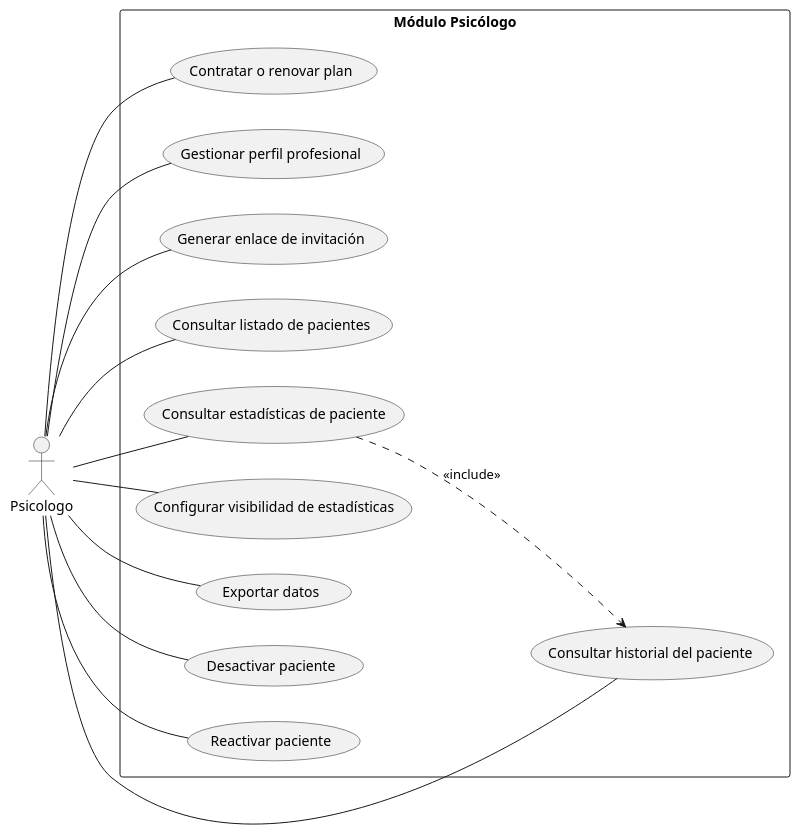
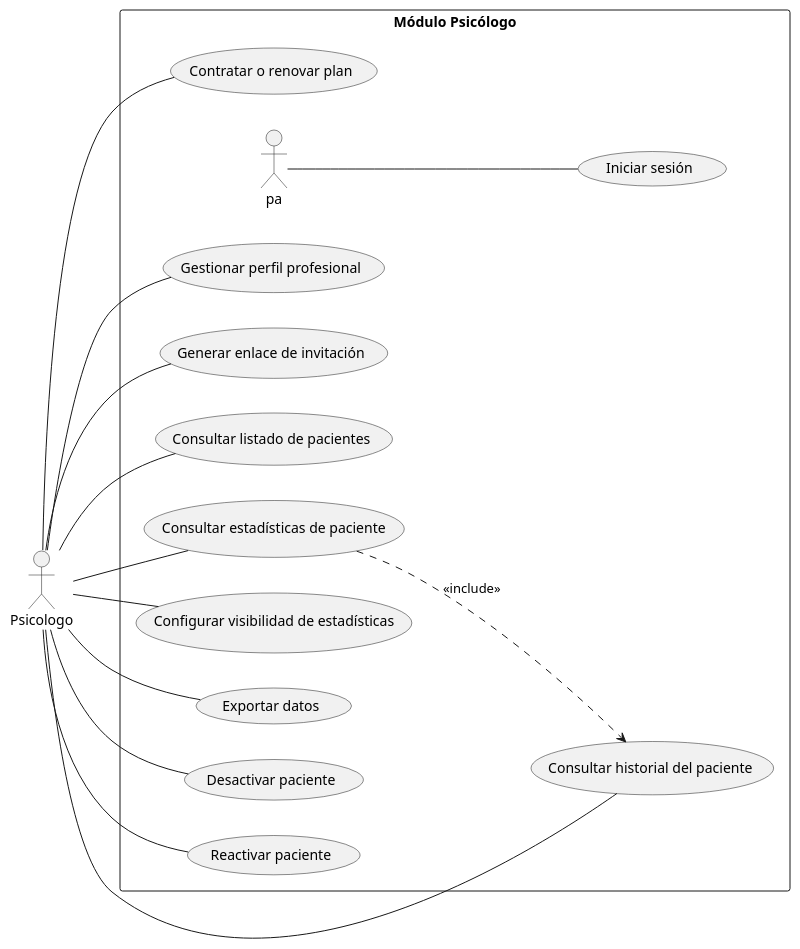
Before and after one commit to Sembrem-prj/base: the diagram in Casos_de_usos/diagrama_caso_uso_psicólogo.puml, drawn with PlantUML. The commit also changed 1 other file, not shown here.

Commit message:
mod: inicio sesión pisicologo

```diff
--- a/Casos_de_usos/diagrama_caso_uso_psicólogo.puml
+++ b/Casos_de_usos/diagrama_caso_uso_psicólogo.puml
@@ -1,26 +1,27 @@
 @startuml Psicologo
 left to right direction
 
 actor Psicologo as ps
 
 rectangle "Módulo Psicólogo" {
 
 ps -- (Contratar o renovar plan)
+pa -- (Iniciar sesión)
 ps -- (Gestionar perfil profesional)
 ps -- (Generar enlace de invitación)
 
 ps -- (Consultar listado de pacientes)
 ps -- (Consultar historial del paciente)
 ps -- (Consultar estadísticas de paciente)
 
 ps -- (Configurar visibilidad de estadísticas)
 ps -- (Exportar datos)
 
 ps -- (Desactivar paciente)
 ps -- (Reactivar paciente)
 
 }
 
 (Consultar estadísticas de paciente) ..> (Consultar historial del paciente) : <<include>>
 
 @enduml
```
